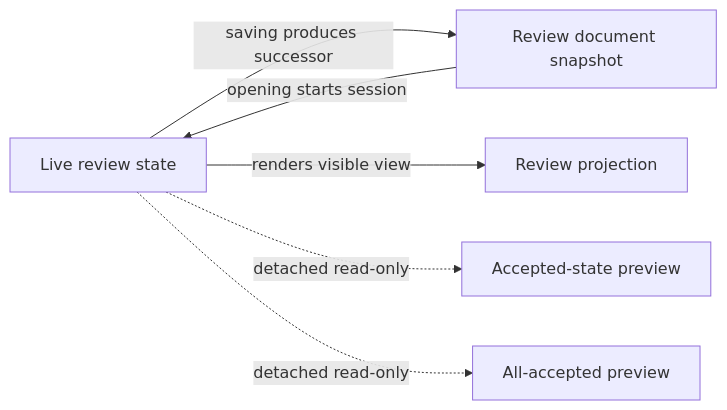
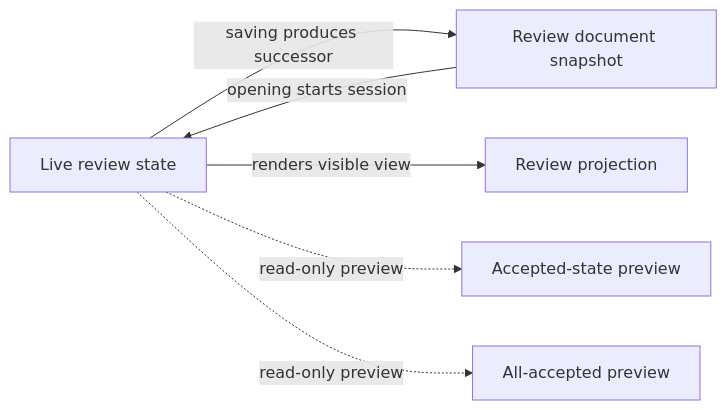
Before and after one commit to mahendrimd/lexical-review: the first of 3 diagrams in ARCHITECTURE.md, drawn with Mermaid. The commit also changed other lines of this file and 58 other files, not shown here.

````diff
--- a/ARCHITECTURE.md
+++ b/ARCHITECTURE.md
@@ -63,13 +63,13 @@
 ```mermaid
 flowchart LR
     State[Live review state]
     Doc[Review document snapshot]
     Proj[Review projection]
     Acc[Accepted-state preview]
     All[All-accepted preview]
     State -->|saving produces successor| Doc
     Doc -->|opening starts session| State
     State -->|renders visible view| Proj
-    State -.->|detached read-only| Acc
-    State -.->|detached read-only| All
+    State -.->|read-only preview| Acc
+    State -.->|read-only preview| All
 ```
````
